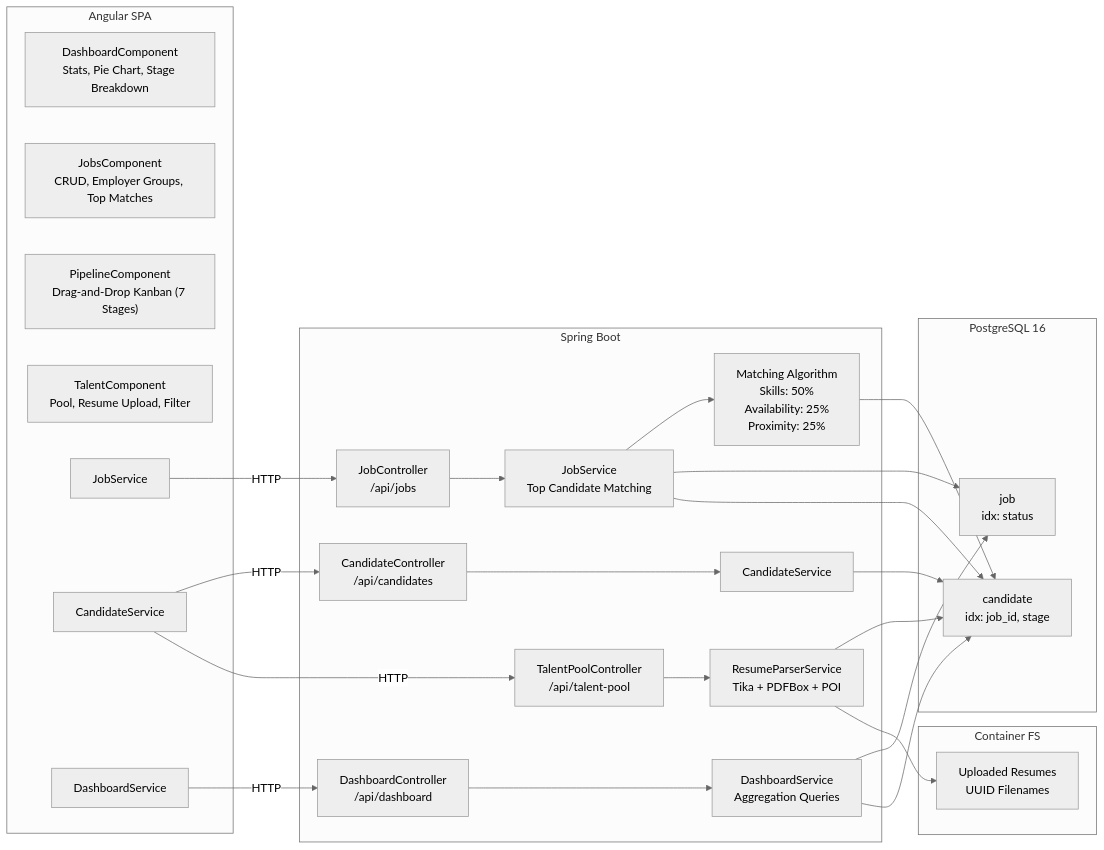
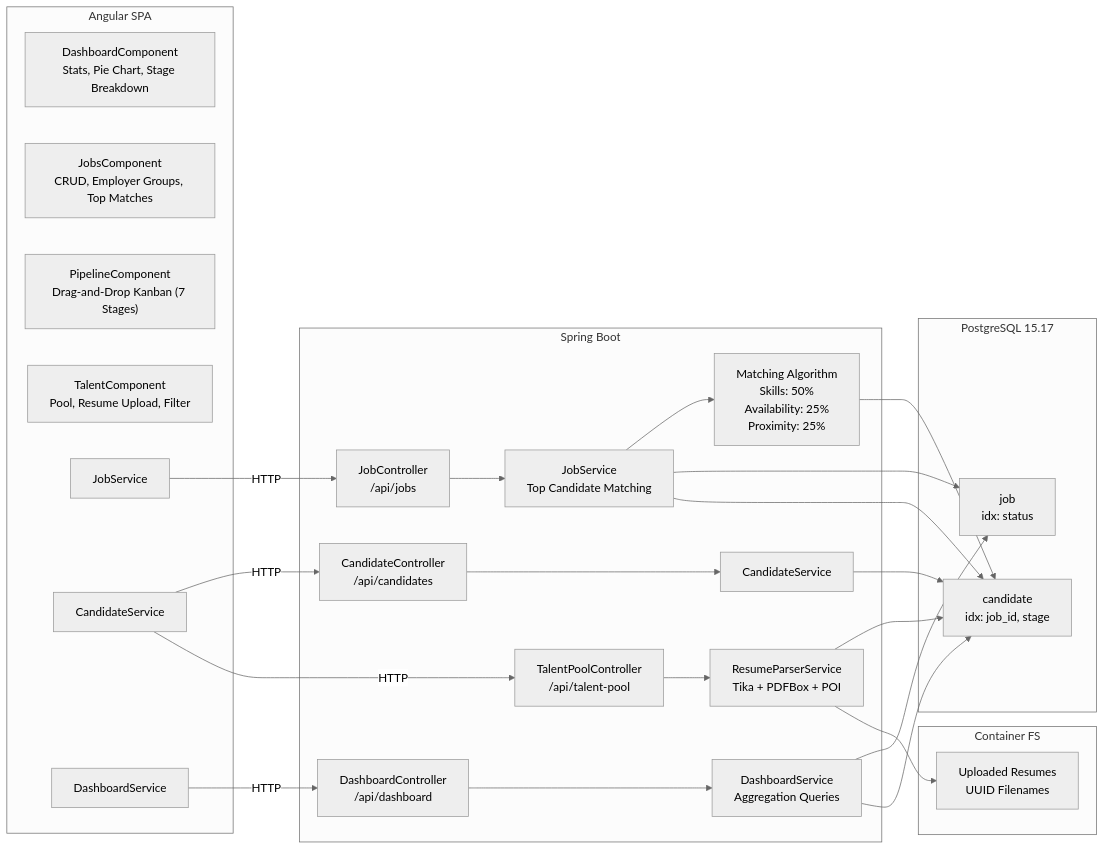
Diagram 11 of 16 in portfolio-frontend/public/docs/ARCHITECTURE.md (clark22134/MyPortfolioWebsite), drawn with Mermaid (neutral theme) before and after one commit. The commit also changed other lines of this file and 39 other files, not shown here.

````diff
--- a/portfolio-frontend/public/docs/ARCHITECTURE.md
+++ b/portfolio-frontend/public/docs/ARCHITECTURE.md
@@ -580,52 +578,52 @@
 ```mermaid
 graph LR
     subgraph Frontend["Angular SPA"]
         Dashboard["DashboardComponent<br/>Stats, Pie Chart, Stage Breakdown"]
         Jobs["JobsComponent<br/>CRUD, Employer Groups, Top Matches"]
         Pipeline["PipelineComponent<br/>Drag-and-Drop Kanban (7 Stages)"]
         Talent["TalentComponent<br/>Pool, Resume Upload, Filter"]
 
         JobSvc["JobService"]
         CandSvc["CandidateService"]
         DashSvc["DashboardService"]
     end
 
     subgraph Backend["Spring Boot"]
         JobCtrl["JobController<br/>/api/jobs"]
         CandCtrl["CandidateController<br/>/api/candidates"]
         TalentCtrl["TalentPoolController<br/>/api/talent-pool"]
         DashCtrl["DashboardController<br/>/api/dashboard"]
 
         JobSvcBE["JobService<br/>Top Candidate Matching"]
         CandSvcBE["CandidateService"]
         ResumeSvc["ResumeParserService<br/>Tika + PDFBox + POI"]
         DashSvcBE["DashboardService<br/>Aggregation Queries"]
 
         MatchAlgo["Matching Algorithm<br/>Skills: 50%<br/>Availability: 25%<br/>Proximity: 25%"]
     end
 
-    subgraph Database["PostgreSQL 16"]
+    subgraph Database["PostgreSQL 15.17"]
         JobTbl["job<br/>idx: status"]
         CandTbl["candidate<br/>idx: job_id, stage"]
     end
 
     subgraph FileSystem["Container FS"]
         Resumes["Uploaded Resumes<br/>UUID Filenames"]
     end
 
     JobSvc -->|HTTP| JobCtrl
     CandSvc -->|HTTP| CandCtrl & TalentCtrl
     DashSvc -->|HTTP| DashCtrl
 
     JobCtrl --> JobSvcBE --> MatchAlgo
     CandCtrl --> CandSvcBE
     TalentCtrl --> ResumeSvc
     DashCtrl --> DashSvcBE
 
     JobSvcBE --> JobTbl & CandTbl
     CandSvcBE --> CandTbl
     ResumeSvc --> CandTbl
     ResumeSvc --> Resumes
     DashSvcBE --> JobTbl & CandTbl
     MatchAlgo --> CandTbl
 ```
````
